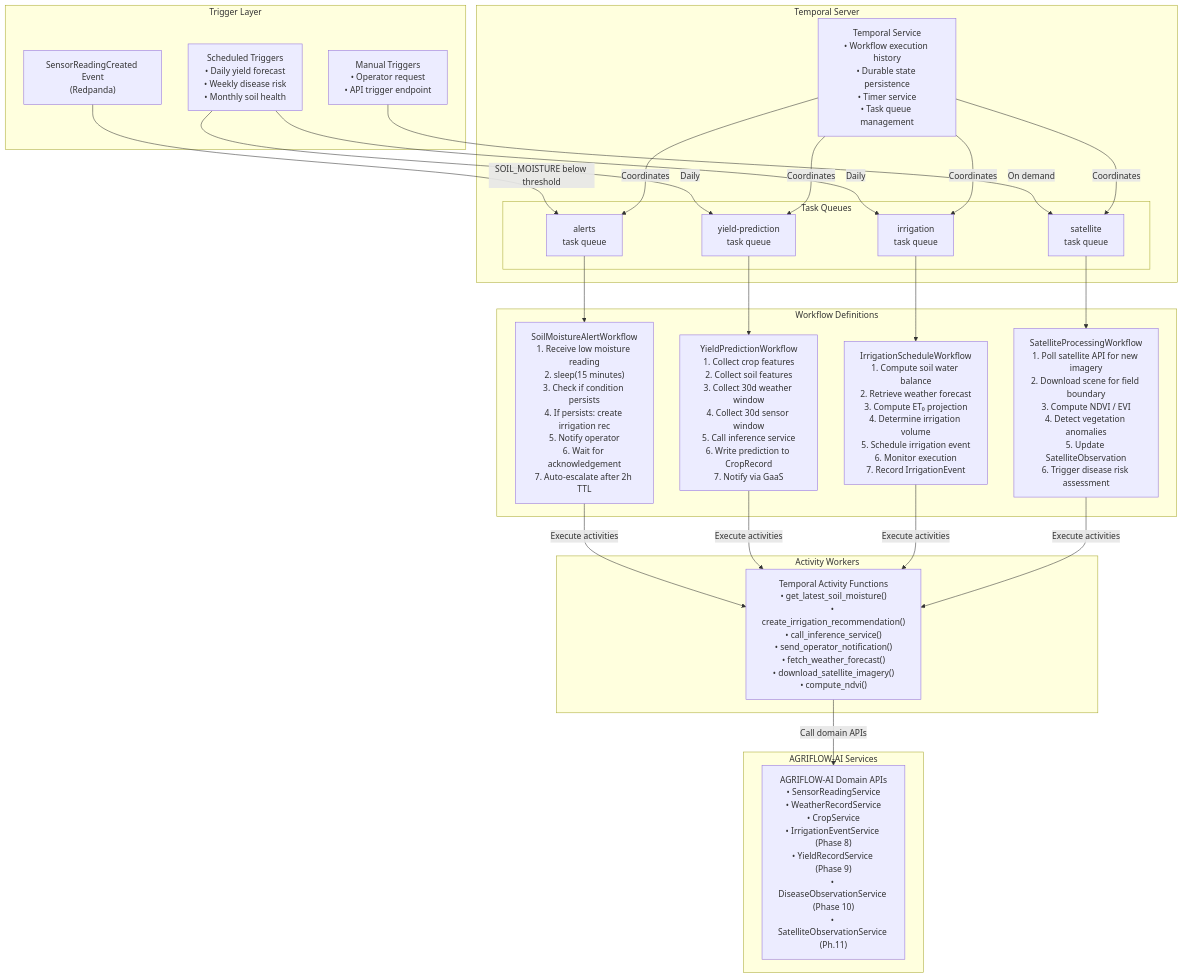
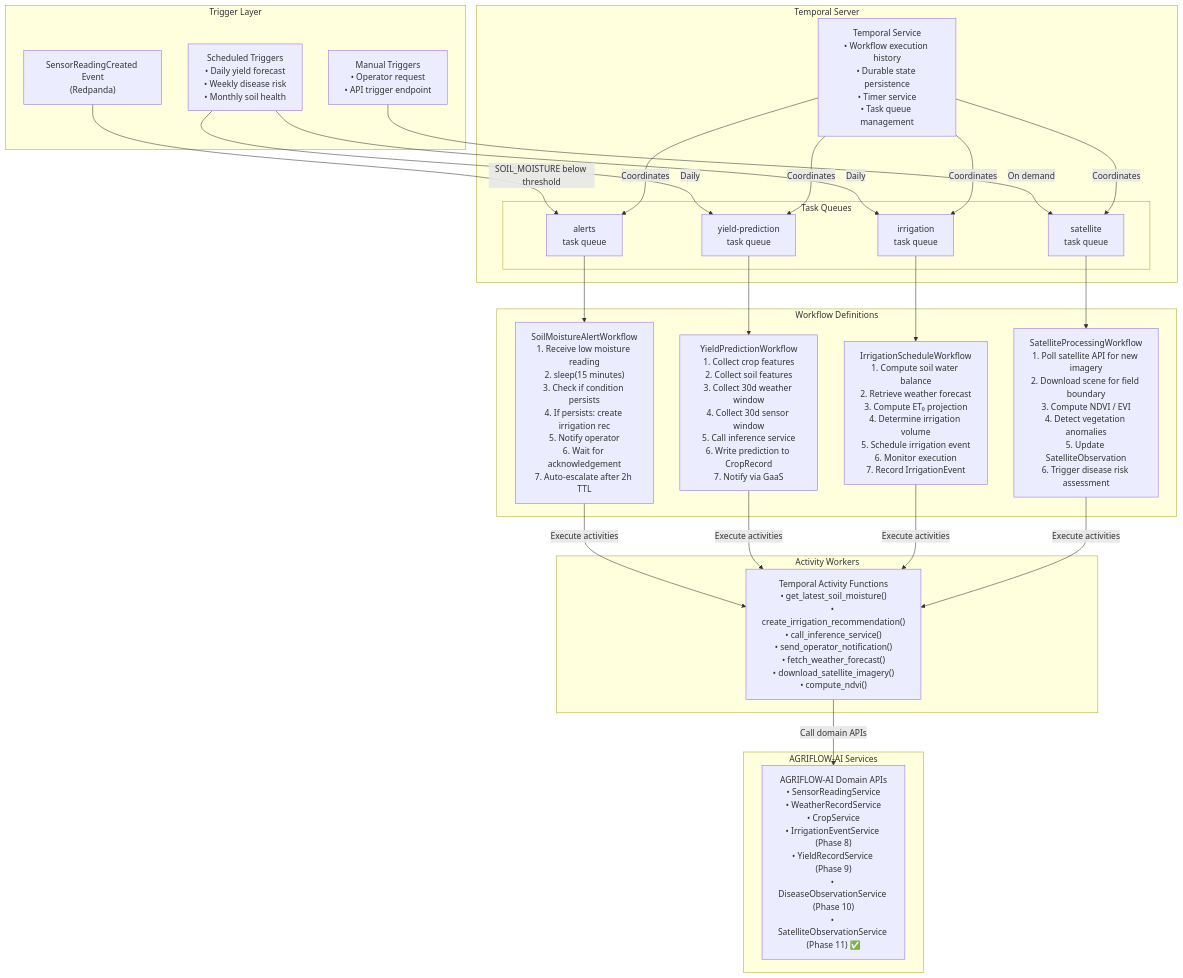
Diagram 15 of 19 in docs/09-architecture-diagrams.md (santoshnarayanan/AGRIFLOW-AI), drawn with Mermaid before and after one commit. The commit also changed other lines of this file and 7 other files, not shown here.

````diff
--- a/docs/09-architecture-diagrams.md
+++ b/docs/09-architecture-diagrams.md
@@ -987,50 +1073,50 @@
 ```mermaid
 graph TB
     subgraph "Trigger Layer"
         SENSOR_EVENT["SensorReadingCreated Event\n(Redpanda)"]
         SCHEDULED["Scheduled Triggers\n• Daily yield forecast\n• Weekly disease risk\n• Monthly soil health"]
         MANUAL["Manual Triggers\n• Operator request\n• API trigger endpoint"]
     end
 
     subgraph "Temporal Server"
         TS["Temporal Service\n• Workflow execution history\n• Durable state persistence\n• Timer service\n• Task queue management"]
         subgraph "Task Queues"
             Q1["alerts\ntask queue"]
             Q2["yield-prediction\ntask queue"]
             Q3["irrigation\ntask queue"]
             Q4["satellite\ntask queue"]
         end
     end
 
     subgraph "Workflow Definitions"
         W1["SoilMoistureAlertWorkflow\n1. Receive low moisture reading\n2. sleep(15 minutes)\n3. Check if condition persists\n4. If persists: create irrigation rec\n5. Notify operator\n6. Wait for acknowledgement\n7. Auto-escalate after 2h TTL"]
 
         W2["YieldPredictionWorkflow\n1. Collect crop features\n2. Collect soil features\n3. Collect 30d weather window\n4. Collect 30d sensor window\n5. Call inference service\n6. Write prediction to CropRecord\n7. Notify via GaaS"]
 
         W3["IrrigationScheduleWorkflow\n1. Compute soil water balance\n2. Retrieve weather forecast\n3. Compute ET₀ projection\n4. Determine irrigation volume\n5. Schedule irrigation event\n6. Monitor execution\n7. Record IrrigationEvent"]
 
         W4["SatelliteProcessingWorkflow\n1. Poll satellite API for new imagery\n2. Download scene for field boundary\n3. Compute NDVI / EVI\n4. Detect vegetation anomalies\n5. Update SatelliteObservation\n6. Trigger disease risk assessment"]
     end
 
     subgraph "Activity Workers"
         ACT["Temporal Activity Functions\n• get_latest_soil_moisture()\n• create_irrigation_recommendation()\n• call_inference_service()\n• send_operator_notification()\n• fetch_weather_forecast()\n• download_satellite_imagery()\n• compute_ndvi()"]
     end
 
     subgraph "AGRIFLOW-AI Services"
-        AGRIFLOW["AGRIFLOW-AI Domain APIs\n• SensorReadingService\n• WeatherRecordService\n• CropService\n• IrrigationEventService (Phase 8)\n• YieldRecordService (Phase 9)\n• DiseaseObservationService (Phase 10)\n• SatelliteObservationService (Ph.11)"]
+        AGRIFLOW["AGRIFLOW-AI Domain APIs\n• SensorReadingService\n• WeatherRecordService\n• CropService\n• IrrigationEventService (Phase 8)\n• YieldRecordService (Phase 9)\n• DiseaseObservationService (Phase 10)\n• SatelliteObservationService (Phase 11) ✅"]
     end
 
     SENSOR_EVENT -->|"SOIL_MOISTURE below threshold"| Q1
     SCHEDULED -->|"Daily"| Q2
     SCHEDULED -->|"Daily"| Q3
     MANUAL -->|"On demand"| Q4
 
     Q1 --> W1
     Q2 --> W2
     Q3 --> W3
     Q4 --> W4
 
     W1 & W2 & W3 & W4 -->|"Execute activities"| ACT
     ACT -->|"Call domain APIs"| AGRIFLOW
     TS -->|"Coordinates"| Q1 & Q2 & Q3 & Q4
 ```
````
